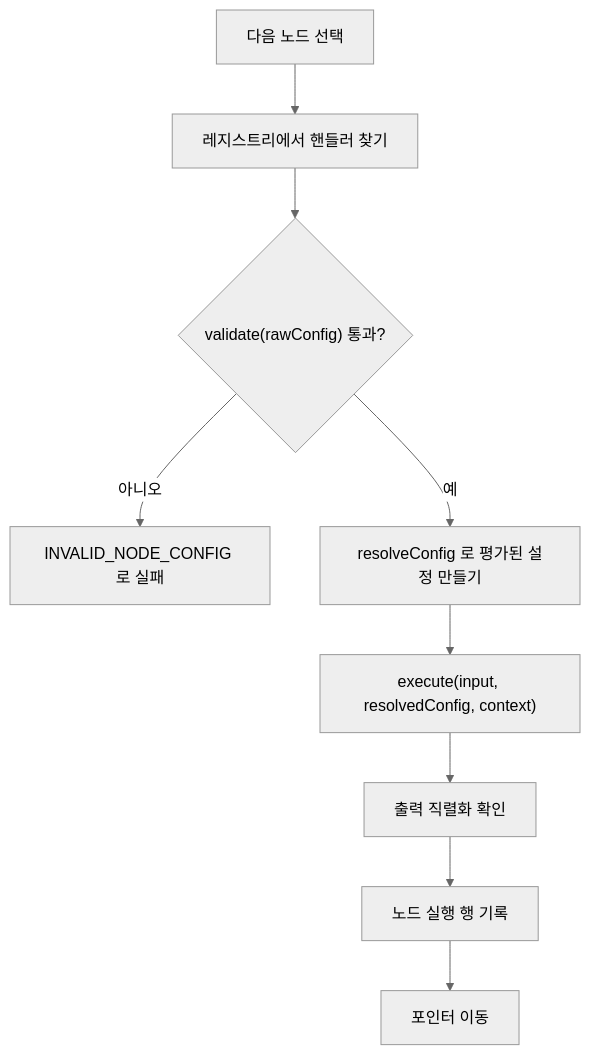
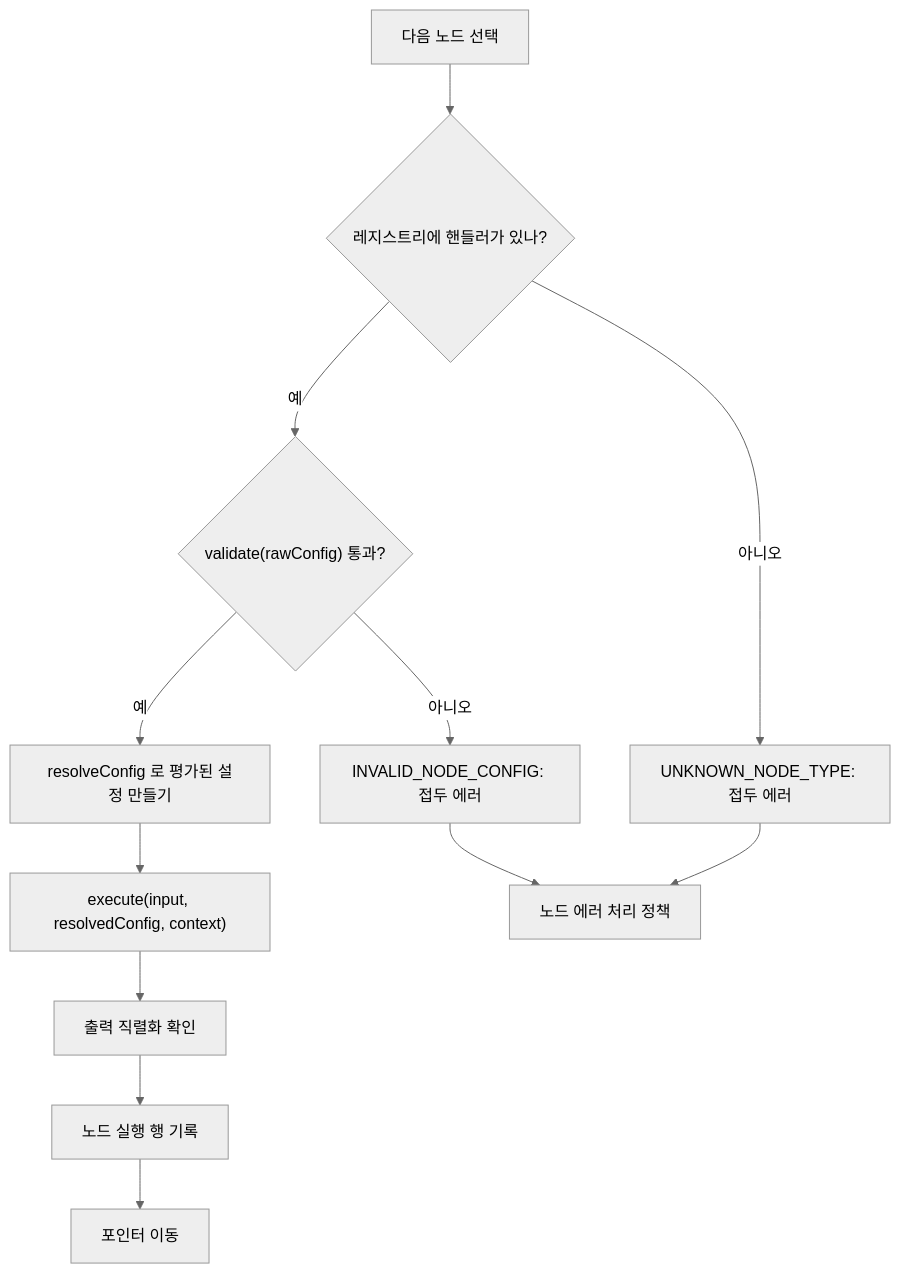
One commit to worker-ants/clemvion changed the diagram in spec/CLE-EXEC/CLE-EXEC-HANDLER.md. Above: the diagram before and after it, drawn with Mermaid (neutral theme). The commit also changed other lines of this file and 40 other files, not shown here.

````diff
--- a/spec/CLE-EXEC/CLE-EXEC-HANDLER.md
+++ b/spec/CLE-EXEC/CLE-EXEC-HANDLER.md
@@ -217,11 +219,14 @@
 ```mermaid
 flowchart TD
-  A["다음 노드 선택"] --> B["레지스트리에서 핸들러 찾기"]
-  B --> C{"validate(rawConfig) 통과?"}
-  C -- "아니오" --> X["INVALID_NODE_CONFIG 로 실패"]
+  A["다음 노드 선택"] --> B{"레지스트리에 핸들러가 있나?"}
+  B -- "아니오" --> Y["UNKNOWN_NODE_TYPE: 접두 에러"]
+  B -- "예" --> C{"validate(rawConfig) 통과?"}
+  C -- "아니오" --> X["INVALID_NODE_CONFIG: 접두 에러"]
   C -- "예" --> D["resolveConfig 로 평가된 설정 만들기"]
   D --> E["execute(input, resolvedConfig, context)"]
   E --> F["출력 직렬화 확인"]
   F --> G["노드 실행 행 기록"]
   G --> H["포인터 이동"]
+  X --> P["노드 에러 처리 정책"]
+  Y --> P
 ```
````
